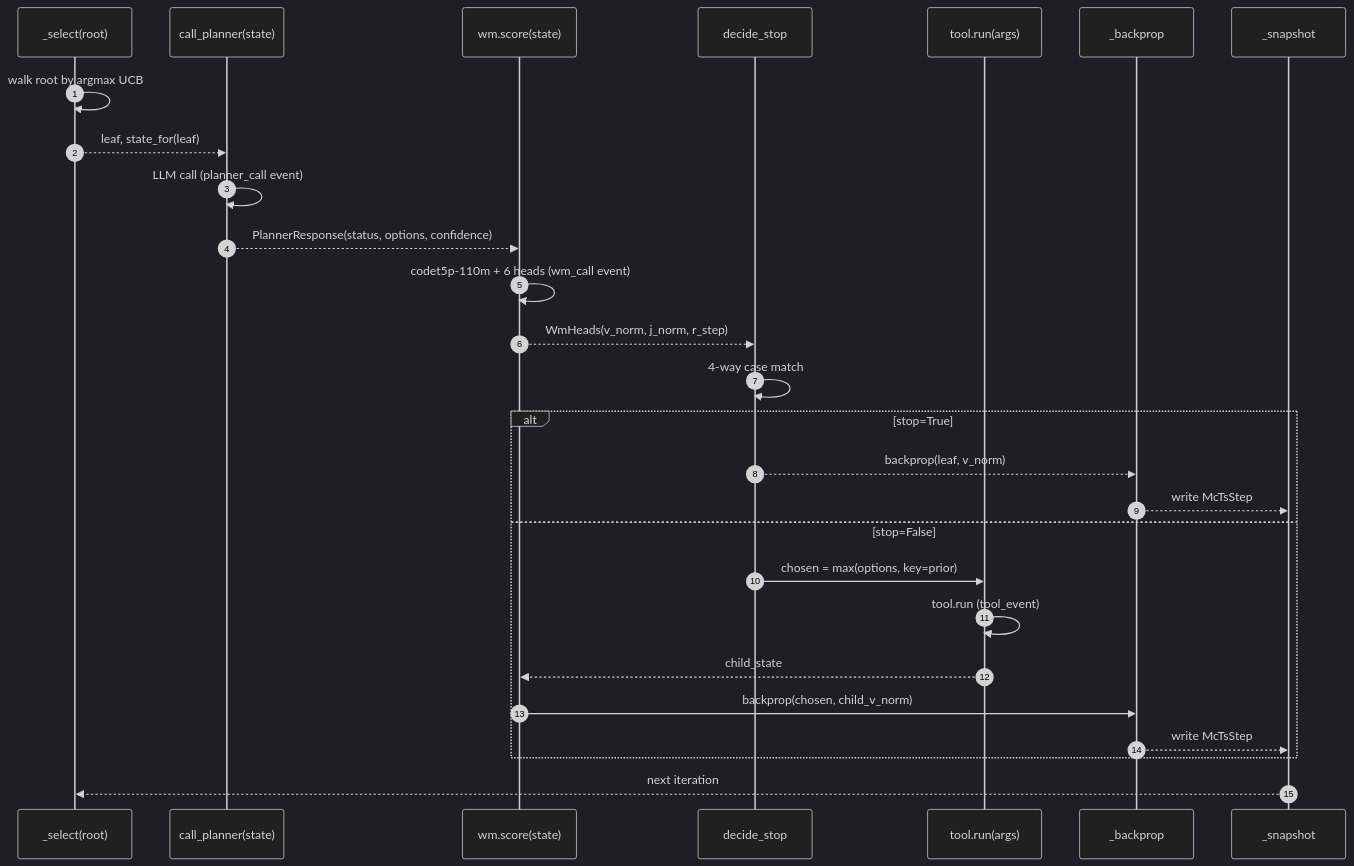
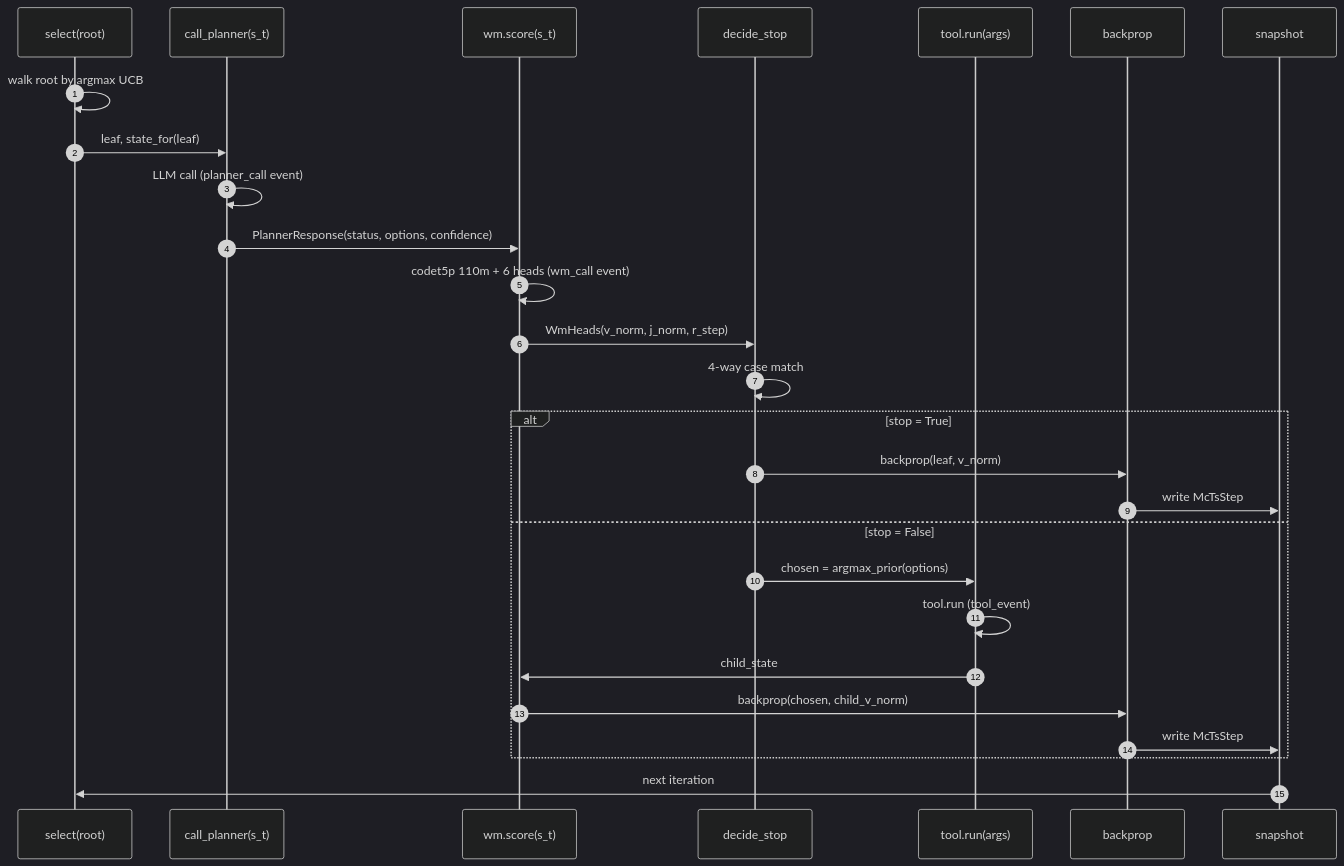
The second of 3 diagrams in src/content/essays/muzero-pipeline.mdx (samrathchadha/perseusresearch), drawn with Mermaid (dark theme) before and after one commit. The commit also changed other lines of this file and 27 other files, not shown here.

````diff
--- a/src/content/essays/muzero-pipeline.mdx
+++ b/src/content/essays/muzero-pipeline.mdx
@@ -372,30 +202,30 @@
 ```mermaid
 sequenceDiagram
     autonumber
-    participant Sel as _select(root)
-    participant Plan as call_planner(state)
-    participant WM as wm.score(state)
+    participant Sel as select(root)
+    participant Plan as call_planner(s_t)
+    participant WM as wm.score(s_t)
     participant Stop as decide_stop
     participant Tool as tool.run(args)
-    participant Back as _backprop
-    participant Snap as _snapshot
+    participant Back as backprop
+    participant Snap as snapshot
 
     Sel->>Sel: walk root by argmax UCB
-    Sel-->>Plan: leaf, state_for(leaf)
+    Sel->>Plan: leaf, state_for(leaf)
     Plan->>Plan: LLM call (planner_call event)
-    Plan-->>WM: PlannerResponse(status, options, confidence)
-    WM->>WM: codet5p-110m + 6 heads (wm_call event)
-    WM-->>Stop: WmHeads(v_norm, j_norm, r_step)
+    Plan->>WM: PlannerResponse(status, options, confidence)
+    WM->>WM: codet5p 110m + 6 heads (wm_call event)
+    WM->>Stop: WmHeads(v_norm, j_norm, r_step)
     Stop->>Stop: 4-way case match
-    alt stop=True
-        Stop-->>Back: backprop(leaf, v_norm)
-        Back-->>Snap: write McTsStep
-    else stop=False
-        Stop->>Tool: chosen = max(options, key=prior)
+    alt stop = True
+        Stop->>Back: backprop(leaf, v_norm)
+        Back->>Snap: write McTsStep
+    else stop = False
+        Stop->>Tool: chosen = argmax_prior(options)
         Tool->>Tool: tool.run (tool_event)
-        Tool-->>WM: child_state
+        Tool->>WM: child_state
         WM->>Back: backprop(chosen, child_v_norm)
-        Back-->>Snap: write McTsStep
+        Back->>Snap: write McTsStep
     end
-    Snap-->>Sel: next iteration
+    Snap->>Sel: next iteration
 ```
````
